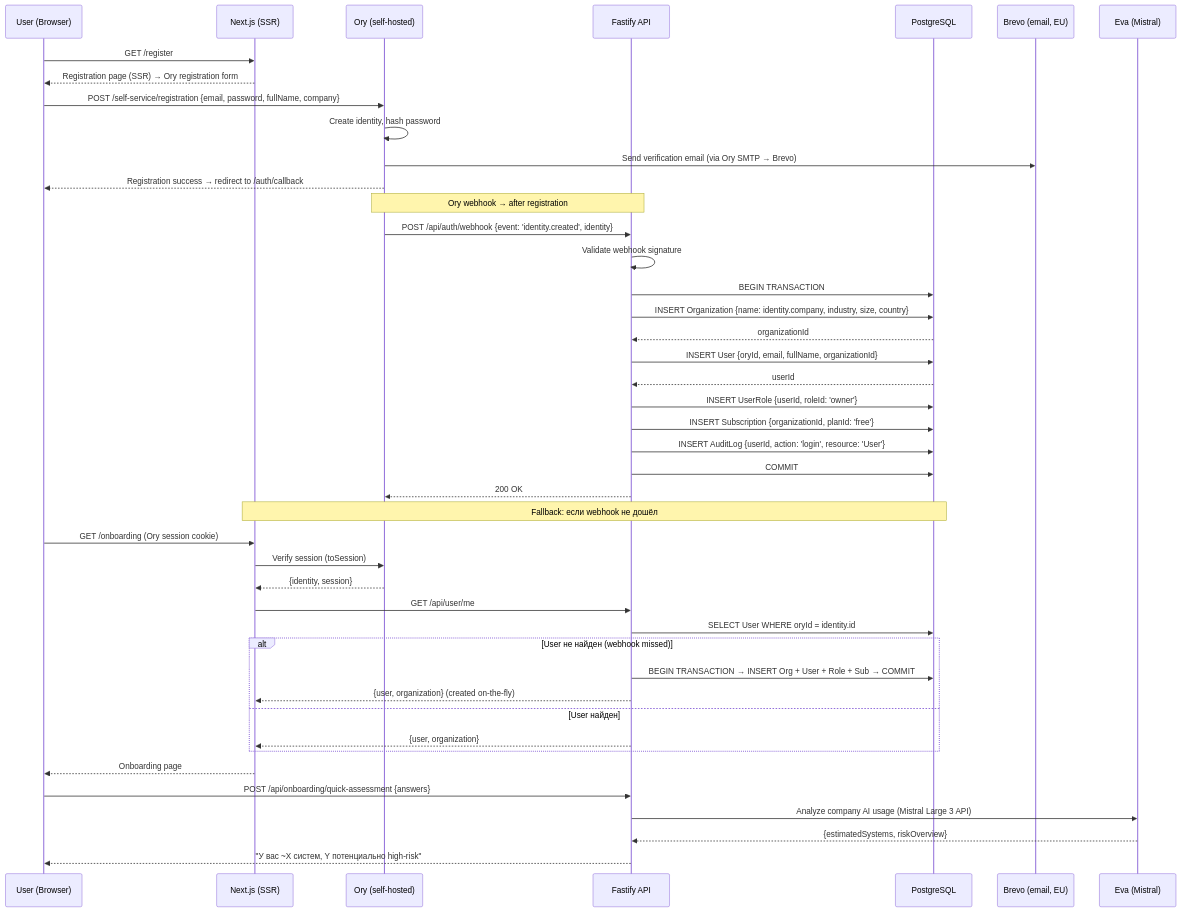
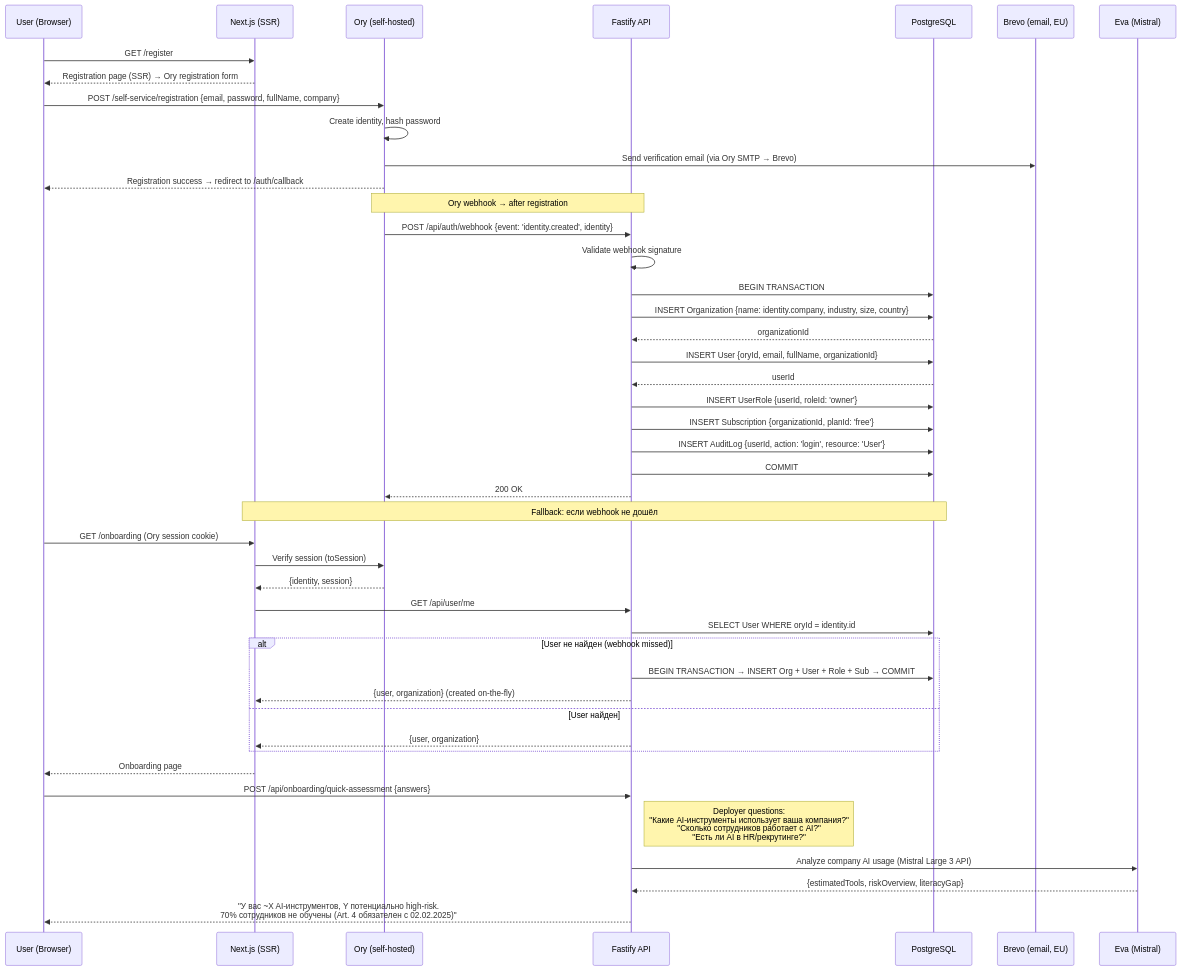
Before and after one commit to complior/complior: the first of 14 diagrams in docs/DATA-FLOWS.md, drawn with Mermaid. The commit also changed other lines of this file and 7 other files, not shown here.

````diff
--- a/docs/DATA-FLOWS.md
+++ b/docs/DATA-FLOWS.md
@@ -13,51 +15,52 @@
 ```mermaid
 sequenceDiagram
     participant User as User (Browser)
     participant Next as Next.js (SSR)
     participant Ory as Ory (self-hosted)
     participant API as Fastify API
     participant DB as PostgreSQL
     participant Brevo as Brevo (email, EU)
     participant Eva as Eva (Mistral)
 
     User->>Next: GET /register
     Next-->>User: Registration page (SSR) → Ory registration form
 
     User->>Ory: POST /self-service/registration {email, password, fullName, company}
     Ory->>Ory: Create identity, hash password
     Ory->>Brevo: Send verification email (via Ory SMTP → Brevo)
     Ory-->>User: Registration success → redirect to /auth/callback
 
     Note over Ory,API: Ory webhook → after registration
     Ory->>API: POST /api/auth/webhook {event: 'identity.created', identity}
     API->>API: Validate webhook signature
     API->>DB: BEGIN TRANSACTION
     API->>DB: INSERT Organization {name: identity.company, industry, size, country}
     DB-->>API: organizationId
     API->>DB: INSERT User {oryId, email, fullName, organizationId}
     DB-->>API: userId
     API->>DB: INSERT UserRole {userId, roleId: 'owner'}
     API->>DB: INSERT Subscription {organizationId, planId: 'free'}
     API->>DB: INSERT AuditLog {userId, action: 'login', resource: 'User'}
     API->>DB: COMMIT
     API-->>Ory: 200 OK
 
     Note over Next,DB: Fallback: если webhook не дошёл
     User->>Next: GET /onboarding (Ory session cookie)
     Next->>Ory: Verify session (toSession)
     Ory-->>Next: {identity, session}
     Next->>API: GET /api/user/me
     API->>DB: SELECT User WHERE oryId = identity.id
     alt User не найден (webhook missed)
         API->>DB: BEGIN TRANSACTION → INSERT Org + User + Role + Sub → COMMIT
         API-->>Next: {user, organization} (created on-the-fly)
     else User найден
         API-->>Next: {user, organization}
     end
     Next-->>User: Onboarding page
 
     User->>API: POST /api/onboarding/quick-assessment {answers}
+    Note right of API: Deployer questions:<br/>"Какие AI-инструменты использует ваша компания?"<br/>"Сколько сотрудников работает с AI?"<br/>"Есть ли AI в HR/рекрутинге?"
     API->>Eva: Analyze company AI usage (Mistral Large 3 API)
-    Eva-->>API: {estimatedSystems, riskOverview}
-    API-->>User: "У вас ~X систем, Y потенциально high-risk"
+    Eva-->>API: {estimatedTools, riskOverview, literacyGap}
+    API-->>User: "У вас ~X AI-инструментов, Y потенциально high-risk.<br/>70% сотрудников не обучены (Art. 4 обязателен с 02.02.2025)"
 ```
````
